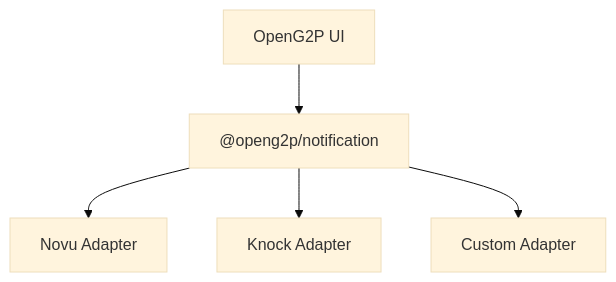
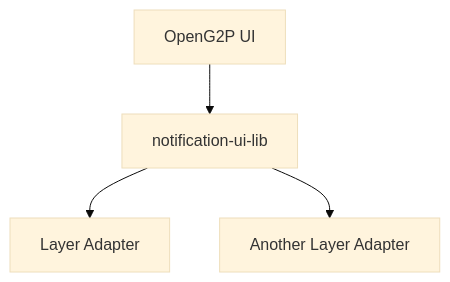
Before and after one commit to OpenG2P/openg2p-documentation: the eighth of 9 diagrams in platform/platform-services/notification/notification-architecture.md, drawn with Mermaid (base theme). The commit also changed other lines of this file and 1 other file, not shown here.

Commit message:
G2P-5694 refactor: notification architecture design documentation

````diff
--- a/platform/platform-services/notification/notification-architecture.md
+++ b/platform/platform-services/notification/notification-architecture.md
@@ -429,11 +207,10 @@
 ```mermaid
 flowchart TB
     UI["OpenG2P UI"]
-    Package["@openg2p/notification"]
+    Package["notification-ui-lib"]
 
     UI --> Package
 
-    Package --> Novu["Novu Adapter"]
-    Package --> Knock["Knock Adapter"]
-    Package --> Custom["Custom Adapter"]
+    Package --> AdapterA["Layer Adapter"]
+    Package --> AdapterB["Another Layer Adapter"]
 ```
````
